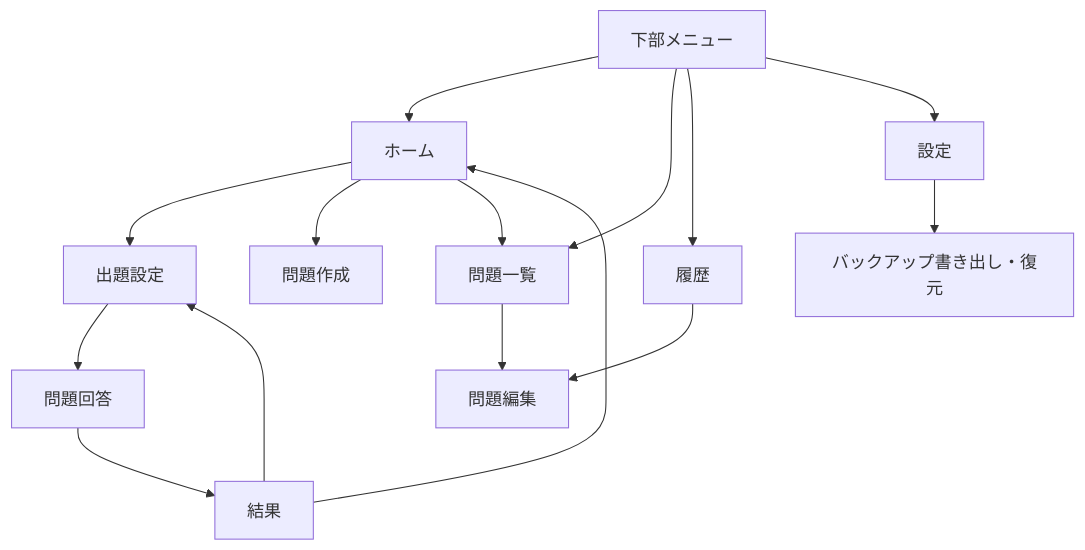
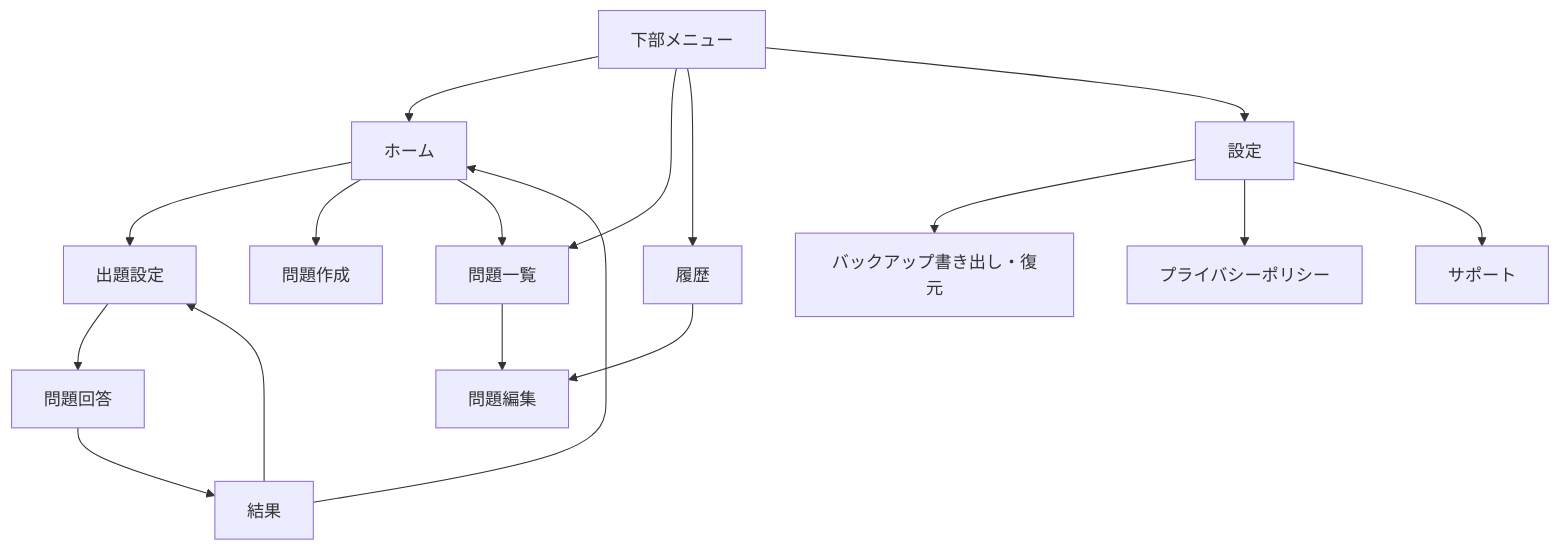
The diagram in docs/02_FE設計書.md (IbuHyaku0317/manabloom), drawn with Mermaid before and after one commit. The commit also changed other lines of this file and 8 other files, not shown here.

````diff
--- a/docs/02_FE設計書.md
+++ b/docs/02_FE設計書.md
@@ -21,17 +21,19 @@
 ```mermaid
 flowchart TD
   Home[ホーム] --> Setup[出題設定]
   Home --> Create[問題作成]
   Home --> Library[問題一覧]
   Setup --> Quiz[問題回答]
   Quiz --> Result[結果]
   Result --> Home
   Result --> Setup
   Library --> Edit[問題編集]
   History[履歴] --> Edit
   Bottom[下部メニュー] --> Home
   Bottom --> Library
   Bottom --> History
   Bottom --> Settings[設定]
   Settings --> Backup[バックアップ書き出し・復元]
+  Settings --> Privacy[プライバシーポリシー]
+  Settings --> Support[サポート]
 ```
````
